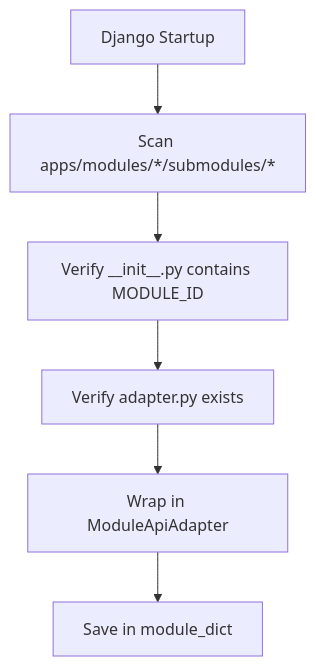
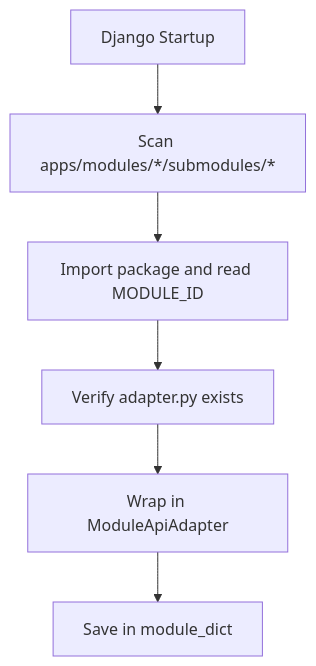
Before and after one commit to sogalabhi/Osdag-web: the diagram in documentation/chapter_10_modules_catalog_status.md, drawn with Mermaid. The commit also changed other lines of this file and 165 other files, not shown here.

````diff
--- a/documentation/chapter_10_modules_catalog_status.md
+++ b/documentation/chapter_10_modules_catalog_status.md
@@ -65,8 +64,8 @@
 ```mermaid
 graph TD
     Init[Django Startup] --> Scan[Scan apps/modules/*/submodules/*]
-    Scan --> CheckInit[Verify __init__.py contains MODULE_ID]
+    Scan --> CheckInit[Import package and read MODULE_ID]
     CheckInit --> CheckAdapter[Verify adapter.py exists]
     CheckAdapter --> Wrapper[Wrap in ModuleApiAdapter]
     Wrapper --> Register[Save in module_dict]
 ```
````
